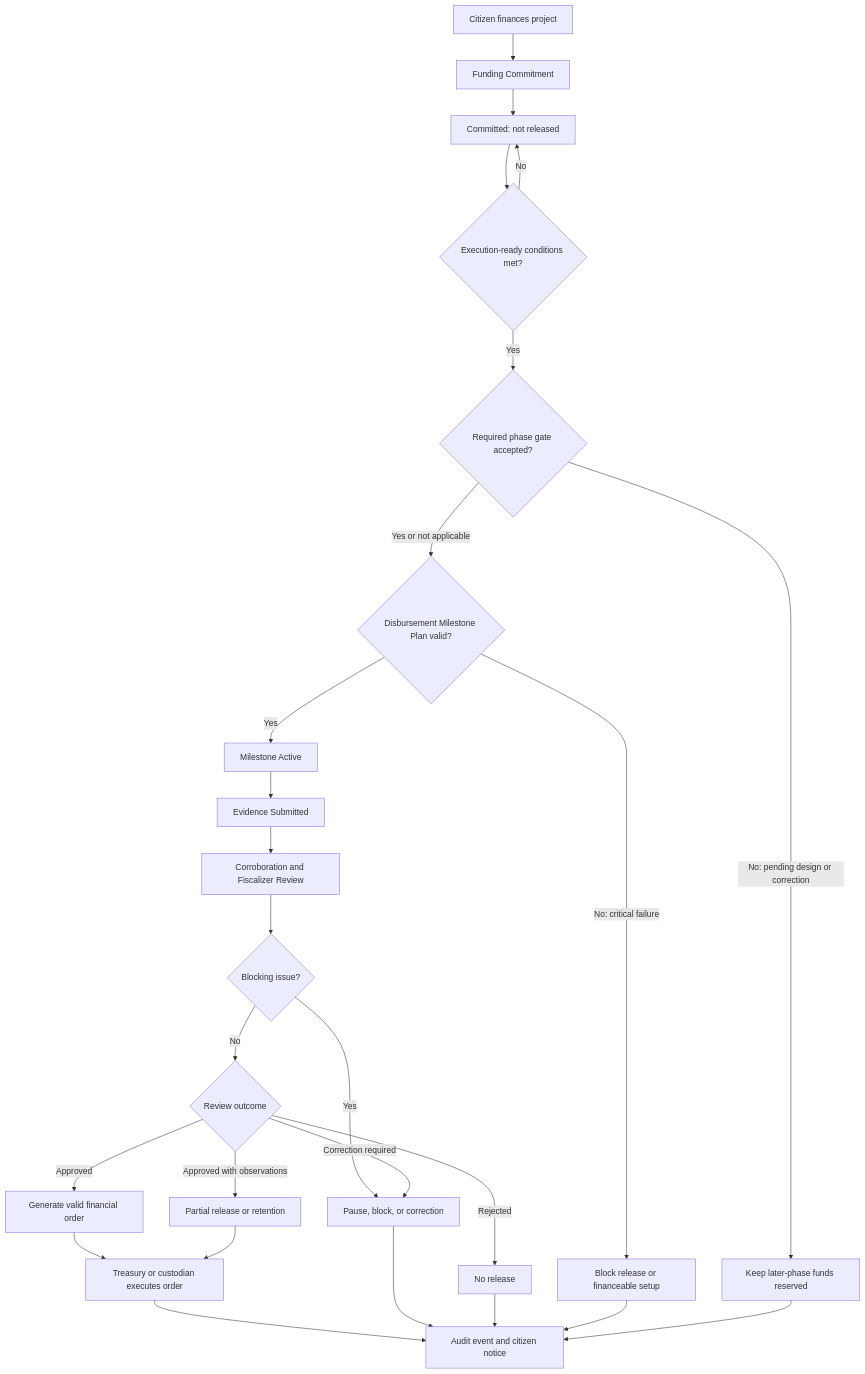
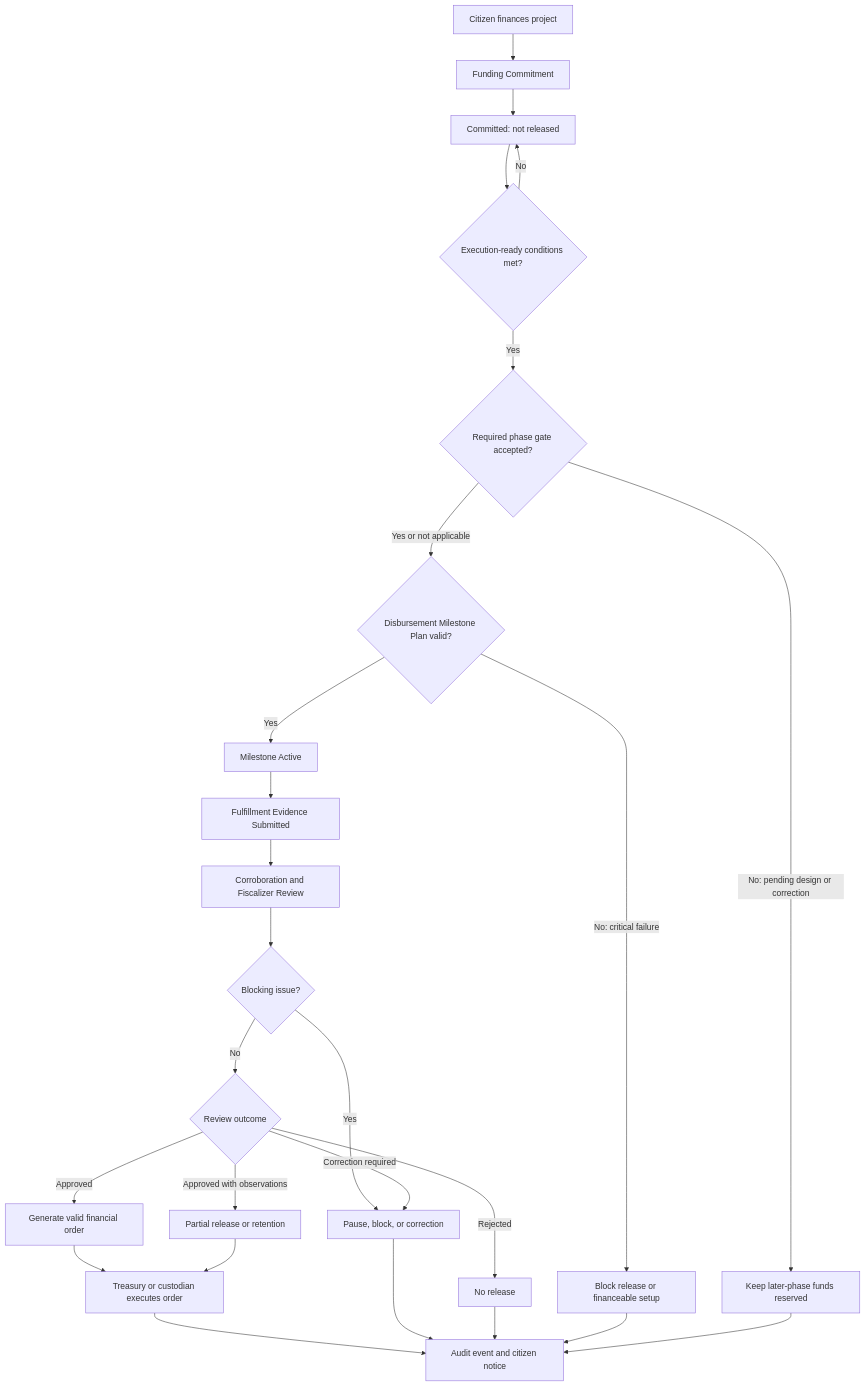
One commit to moffermann/distributed-governance-research changed the diagram in docs/diagrams/v0-funding-disbursement.md. Above: the diagram before and after it, drawn with Mermaid. The commit also changed other lines of this file and 73 other files, not shown here.

````diff
--- a/docs/diagrams/v0-funding-disbursement.md
+++ b/docs/diagrams/v0-funding-disbursement.md
@@ -9,31 +9,31 @@
 ```mermaid
 flowchart TD
     A[Citizen finances project] --> B[Funding Commitment]
     B --> C[Committed: not released]
     C --> D{Execution-ready conditions met?}
     D -->|No| C
     D -->|Yes| PG{Required phase gate accepted?}
     PG -->|No: pending design or correction| PR[Keep later-phase funds reserved]
     PG -->|Yes or not applicable| MP{Disbursement Milestone Plan valid?}
     MP -->|No: critical failure| BL[Block release or financeable setup]
     MP -->|Yes| E[Milestone Active]
 
-    E --> F[Evidence Submitted]
+    E --> F[Fulfillment Evidence Submitted]
     F --> G[Corroboration and Fiscalizer Review]
     G --> H{Blocking issue?}
     H -->|Yes| I[Pause, block, or correction]
     H -->|No| J{Review outcome}
 
     J -->|Approved| K[Generate valid financial order]
     J -->|Approved with observations| L[Partial release or retention]
     J -->|Correction required| I
     J -->|Rejected| M[No release]
 
     K --> T[Treasury or custodian executes order]
     L --> T
     T --> N[Audit event and citizen notice]
     I --> N
     M --> N
     BL --> N
     PR --> N
 ```
````
